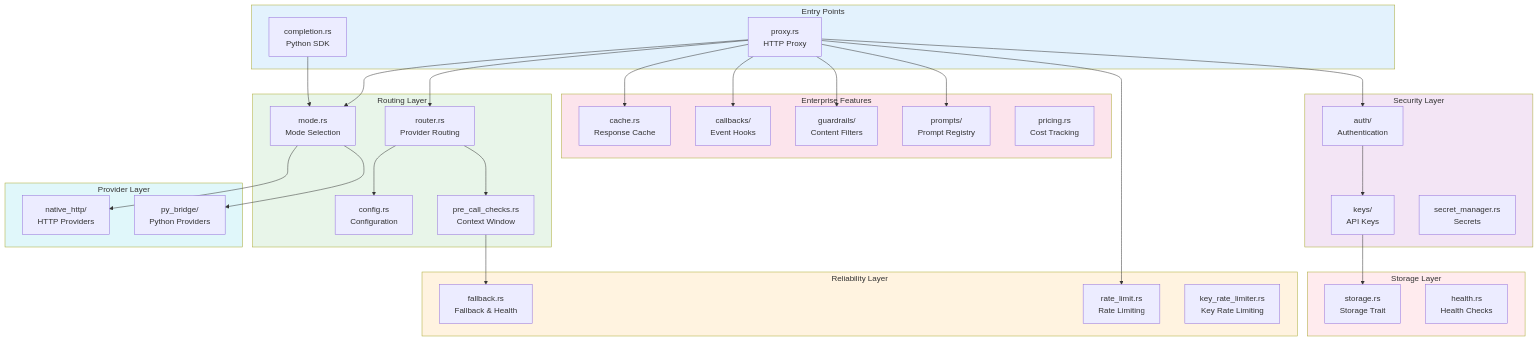
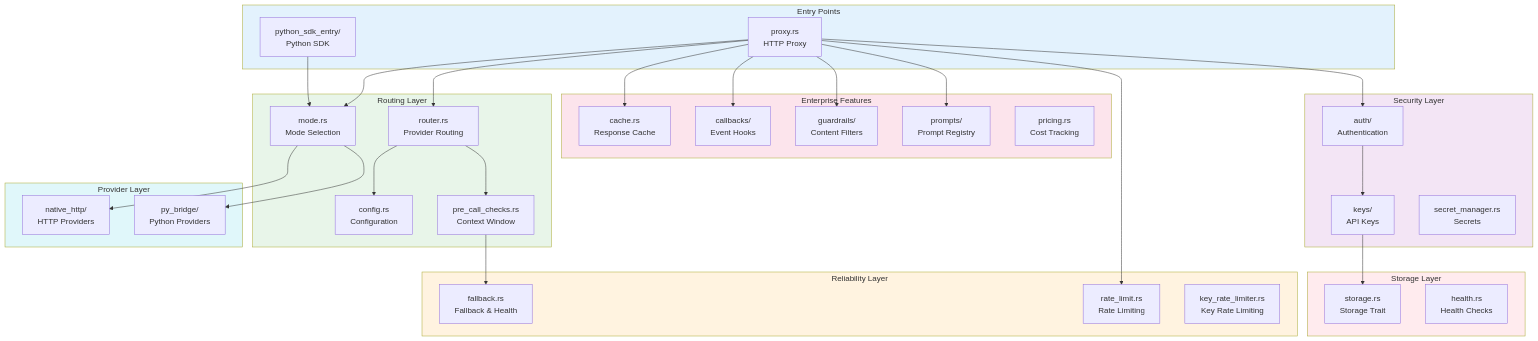
One commit to CipherOcto/cipherocto changed the tenth of 19 diagrams in docs/architecture/quota-router-architecture.md. Above: the diagram before and after it, drawn with Mermaid. The commit also changed other lines of this file, not shown here.

First line of the commit message:
docs: fix 33 inaccuracies in architecture document via adversarial review

````diff
--- a/docs/architecture/quota-router-architecture.md
+++ b/docs/architecture/quota-router-architecture.md
@@ -505,69 +542,69 @@
 ```mermaid
 graph TD
     subgraph Entry["Entry Points"]
         E1[proxy.rs<br/>HTTP Proxy]
-        E2[completion.rs<br/>Python SDK]
+        E2[python_sdk_entry/<br/>Python SDK]
     end
 
     subgraph Routing["Routing Layer"]
         R1[mode.rs<br/>Mode Selection]
         R2[router.rs<br/>Provider Routing]
         R3[config.rs<br/>Configuration]
         R4[pre_call_checks.rs<br/>Context Window]
     end
 
     subgraph Reliability["Reliability Layer"]
         RL1[fallback.rs<br/>Fallback & Health]
         RL2[rate_limit.rs<br/>Rate Limiting]
         RL3[key_rate_limiter.rs<br/>Key Rate Limiting]
     end
 
     subgraph Enterprise["Enterprise Features"]
         EN1[cache.rs<br/>Response Cache]
         EN2[callbacks/<br/>Event Hooks]
         EN3[guardrails/<br/>Content Filters]
         EN4[prompts/<br/>Prompt Registry]
         EN5[pricing.rs<br/>Cost Tracking]
     end
 
     subgraph Security["Security Layer"]
         S1[auth/<br/>Authentication]
         S2[keys/<br/>API Keys]
         S3[secret_manager.rs<br/>Secrets]
     end
 
     subgraph Storage["Storage Layer"]
         ST1[storage.rs<br/>Storage Trait]
         ST2[health.rs<br/>Health Checks]
     end
 
     subgraph Providers["Provider Layer"]
         P1[native_http/<br/>HTTP Providers]
         P2[py_bridge/<br/>Python Providers]
     end
 
     E1 --> R1
     E2 --> R1
     R1 --> P1
     R1 --> P2
     E1 --> R2
     R2 --> R3
     R2 --> R4
     R4 --> RL1
     E1 --> RL2
     E1 --> EN1
     E1 --> EN2
     E1 --> EN3
     E1 --> EN4
     E1 --> S1
     S1 --> S2
     S2 --> ST1
 
     style Entry fill:#e3f2fd
     style Routing fill:#e8f5e9
     style Reliability fill:#fff3e0
     style Enterprise fill:#fce4ec
     style Security fill:#f3e5f5
     style Storage fill:#ffebee
     style Providers fill:#e0f7fa
 ```
````
